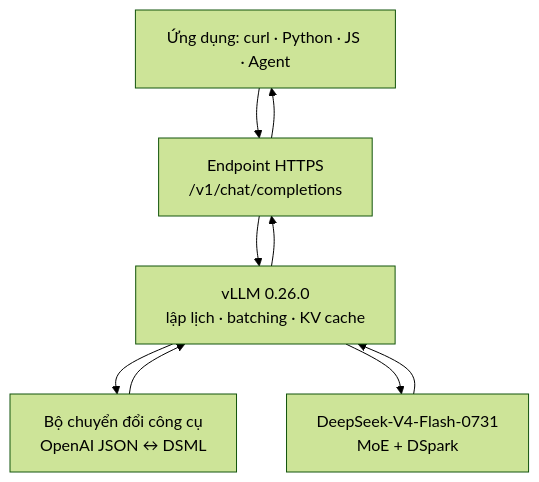
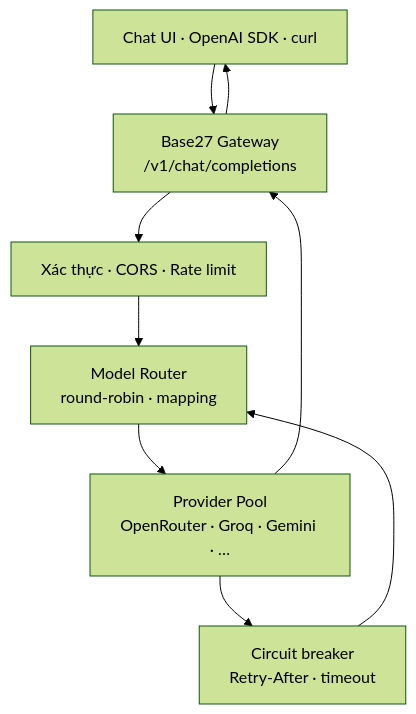
The diagram in README.md (Base27-CVNSS/DeepSeek-V4-Flash-0731-free-endpoint), drawn with Mermaid (forest theme) before and after one commit. The commit also changed other lines of this file, not shown here.

Commit message:
docs: giới thiệu router LLM ba ngôn ngữ

````diff
--- a/README.md
+++ b/README.md
@@ -97,11 +67,11 @@
 ```mermaid
 flowchart TD
-    A["Ứng dụng: curl · Python · JS · Agent"] --> B["Endpoint HTTPS<br/>/v1/chat/completions"]
-    B --> C["vLLM 0.26.0<br/>lập lịch · batching · KV cache"]
-    C --> D["Bộ chuyển đổi công cụ<br/>OpenAI JSON ↔ DSML"]
-    C --> E["DeepSeek‑V4‑Flash‑0731<br/>MoE + DSpark"]
-    E --> C
-    D --> C
-    C --> B
+    A["Chat UI · OpenAI SDK · curl"] --> B["Base27 Gateway<br/>/v1/chat/completions"]
+    B --> C["Xác thực · CORS · Rate limit"]
+    C --> D["Model Router<br/>round-robin · mapping"]
+    D --> E["Provider Pool<br/>OpenRouter · Groq · Gemini · …"]
+    E --> F["Circuit breaker<br/>Retry-After · timeout"]
+    F --> D
+    E --> B
     B --> A
 ```
````
